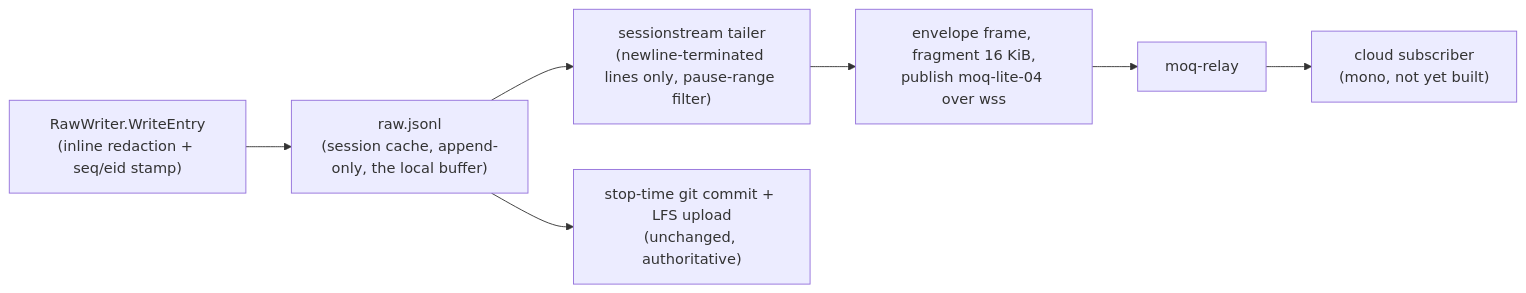
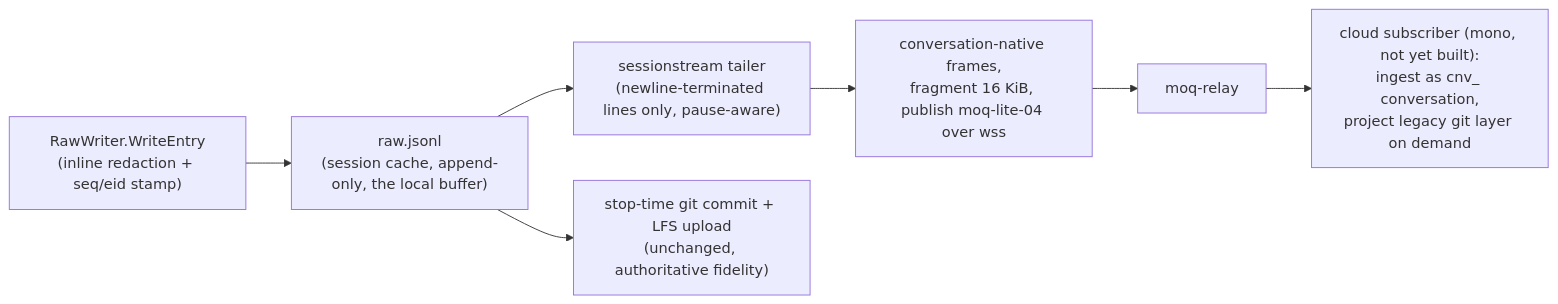
The diagram in docs/specs/session-streaming.md (aditeya08varma/ox), drawn with Mermaid before and after one commit. The commit also changed other lines of this file, not shown here.

First line of the commit message:
docs(spec): remap stream format onto conversation model (ADR-057/076/081/087)

````diff
--- a/docs/specs/session-streaming.md
+++ b/docs/specs/session-streaming.md
@@ -28,9 +54,9 @@
 ```mermaid
 flowchart LR
     RW["RawWriter.WriteEntry<br/>(inline redaction + seq/eid stamp)"] --> RJ["raw.jsonl<br/>(session cache, append-only, the local buffer)"]
-    RJ --> TAIL["sessionstream tailer<br/>(newline-terminated lines only, pause-range filter)"]
-    TAIL --> PUB["envelope frame, fragment 16 KiB,<br/>publish moq-lite-04 over wss"]
+    RJ --> TAIL["sessionstream tailer<br/>(newline-terminated lines only, pause-aware)"]
+    TAIL --> PUB["conversation-native frames,<br/>fragment 16 KiB, publish moq-lite-04 over wss"]
     PUB --> RELAY["moq-relay"]
-    RELAY --> SUB["cloud subscriber<br/>(mono, not yet built)"]
-    RJ --> GIT["stop-time git commit + LFS upload<br/>(unchanged, authoritative)"]
+    RELAY --> SUB["cloud subscriber (mono, not yet built):<br/>ingest as cnv_ conversation,<br/>project legacy git layer on demand"]
+    RJ --> GIT["stop-time git commit + LFS upload<br/>(unchanged, authoritative fidelity)"]
 ```
````
